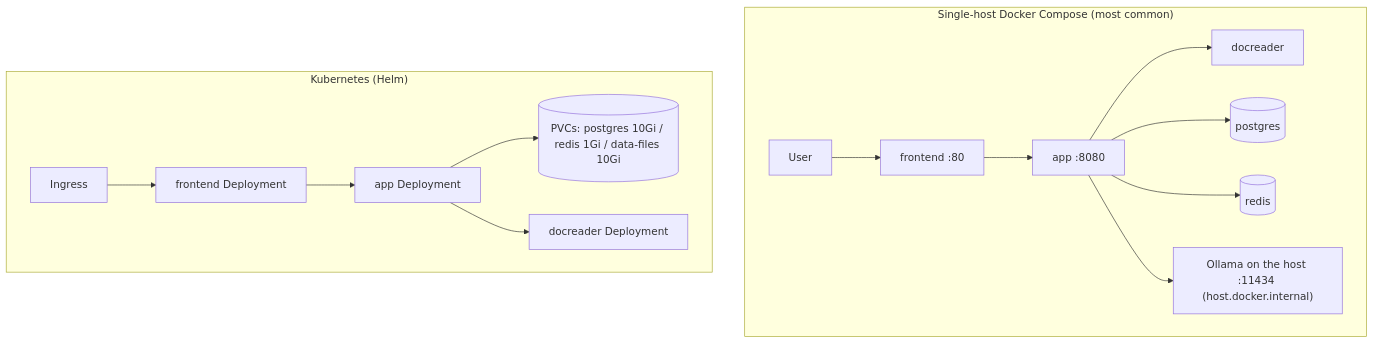
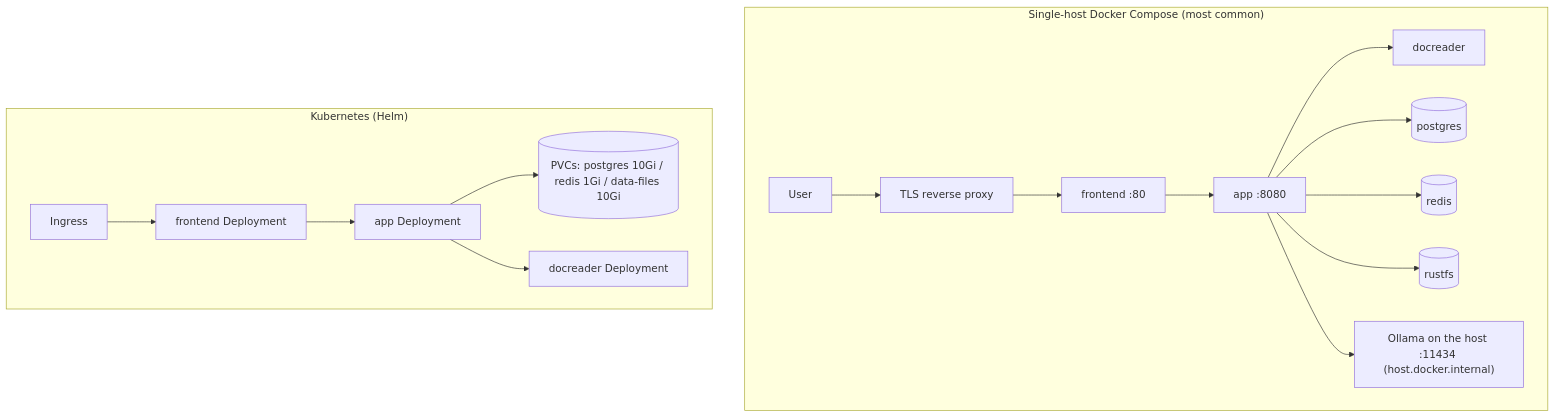
Before and after one commit to magicyuan876/Yuheng: the second of 2 diagrams in website-docs/en/01-getting-started/02-installation.md, drawn with Mermaid. The commit also changed other lines of this file and 11 other files, not shown here.

First line of the commit message:
docs(site): getting started and architecture checked against the code

````diff
--- a/website-docs/en/01-getting-started/02-installation.md
+++ b/website-docs/en/01-getting-started/02-installation.md
@@ -284,17 +341,18 @@
 ```mermaid
 flowchart TB
     subgraph host["Single-host Docker Compose (most common)"]
         direction LR
-        U1["User"] --> N1["frontend :80"] --> A1["app :8080"]
+        U1["User"] --> TLS["TLS reverse proxy"] --> N1["frontend :80"] --> A1["app :8080"]
         A1 --> D1["docreader"]
         A1 --> P1[("postgres")]
         A1 --> R1[("redis")]
+        A1 --> S1[("rustfs")]
         A1 --> O1["Ollama on the host :11434 (host.docker.internal)"]
     end
     subgraph k8s["Kubernetes (Helm)"]
         direction LR
         ING["Ingress"] --> FE2["frontend Deployment"] --> A2["app Deployment"]
         A2 --> PVC1[("PVCs: postgres 10Gi / redis 1Gi / data-files 10Gi")]
         A2 --> D2["docreader Deployment"]
     end
 ```
````
